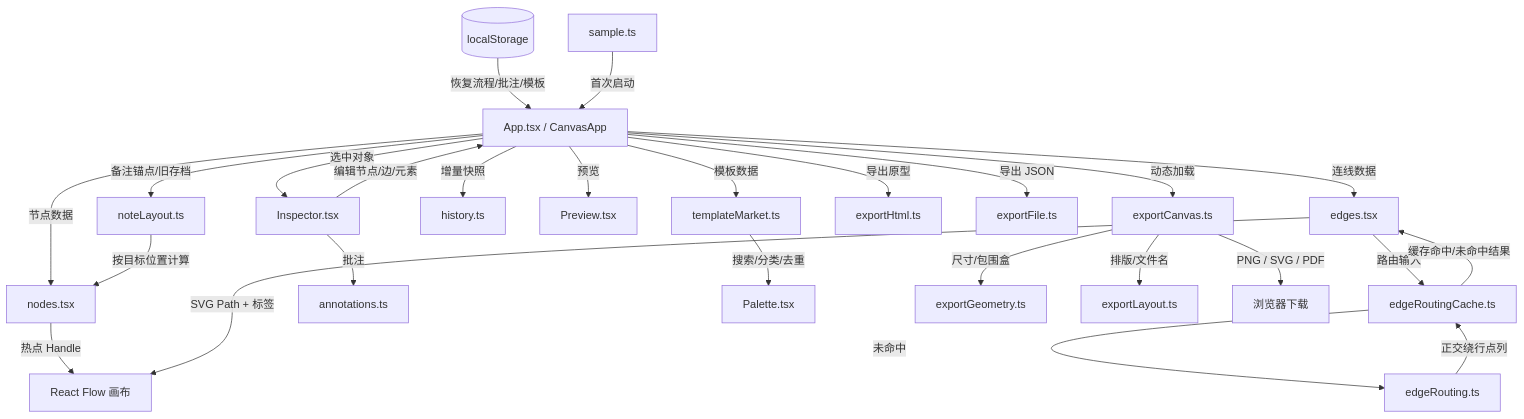
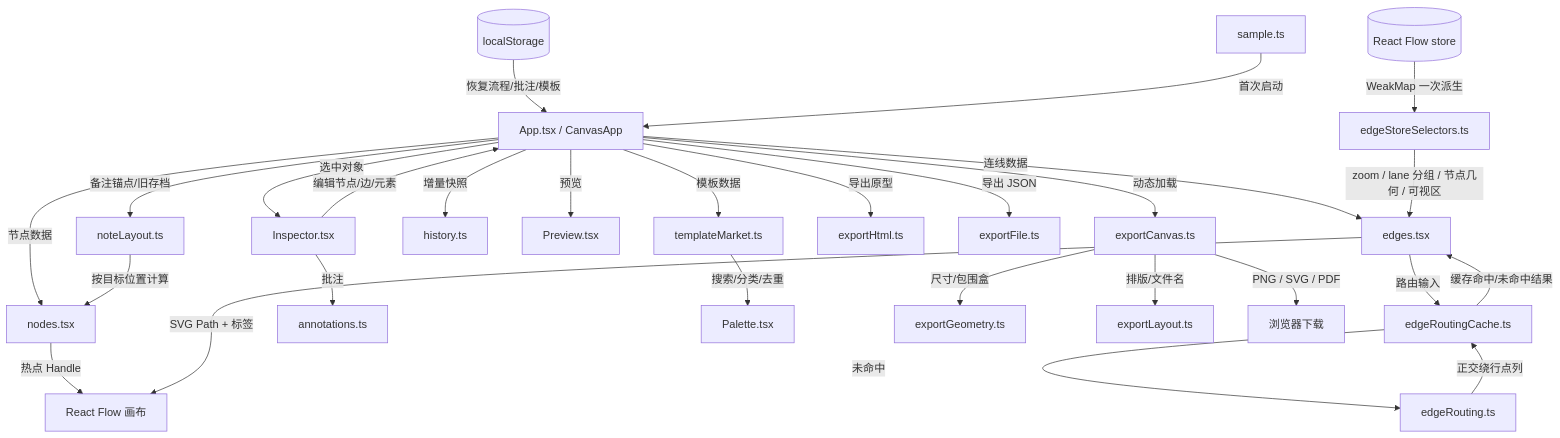
Before and after one commit to applesiPad/flowcraft: the diagram in GRAPH.md, drawn with Mermaid. The commit also changed other lines of this file and 10 other files, not shown here.

First line of the commit message:
perf(edges): 边共享派生状态替代逐边 store 扫描，路由 LRU 扩容 2048

````diff
--- a/GRAPH.md
+++ b/GRAPH.md
@@ -57,28 +58,30 @@
 ```mermaid
 graph TD
     LS[(localStorage)] -->|恢复流程/批注/模板| APP[App.tsx / CanvasApp]
     SAMPLE[sample.ts] -->|首次启动| APP
     APP -->|节点数据| NODES[nodes.tsx]
     APP -->|连线数据| EDGES[edges.tsx]
+    STORE[(React Flow store)] -->|WeakMap 一次派生| DERIVED[edgeStoreSelectors.ts]
+    DERIVED -->|zoom / lane 分组 / 节点几何 / 可视区| EDGES
     NODES -->|热点 Handle| CANVAS[React Flow 画布]
     EDGES -->|路由输入| CACHE[edgeRoutingCache.ts]
     CACHE -->|未命中| ROUTE[edgeRouting.ts]
     ROUTE -->|正交绕行点列| CACHE
     CACHE -->|缓存命中/未命中结果| EDGES
     EDGES -->|SVG Path + 标签| CANVAS
     APP -->|备注锚点/旧存档| NOTELAYOUT[noteLayout.ts]
     NOTELAYOUT -->|按目标位置计算| NODES
     APP -->|选中对象| INSPECT[Inspector.tsx]
     INSPECT -->|批注| ANNOT[annotations.ts]
     INSPECT -->|编辑节点/边/元素| APP
     APP -->|增量快照| HISTORY[history.ts]
     APP -->|预览| PREVIEW[Preview.tsx]
     APP -->|模板数据| MARKET[templateMarket.ts]
     MARKET -->|搜索/分类/去重| PALETTE[Palette.tsx]
     APP -->|导出原型| HTML[exportHtml.ts]
     APP -->|导出 JSON| JSON[exportFile.ts]
     APP -->|动态加载| EXPORT[exportCanvas.ts]
     EXPORT -->|尺寸/包围盒| GEOM[exportGeometry.ts]
     EXPORT -->|排版/文件名| LAYOUT[exportLayout.ts]
     EXPORT -->|PNG / SVG / PDF| DOWNLOAD[浏览器下载]
 ```
````
